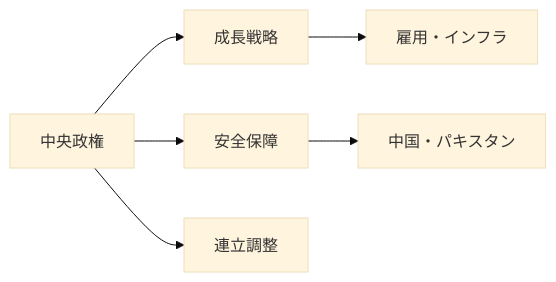
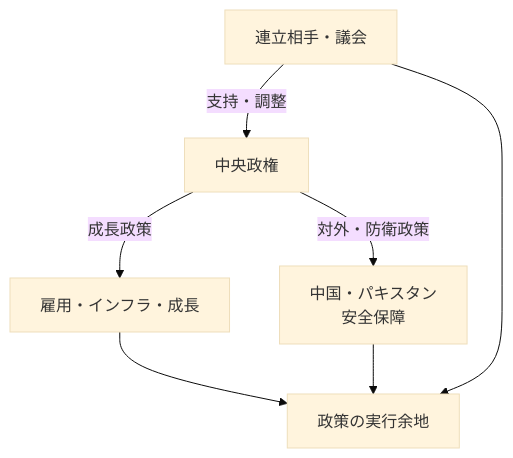
Before and after one commit to daylight55/research: the first of 2 diagrams in articles/report/india-geopolitical-profile/ja/index.mdx, drawn with Mermaid (base theme). The commit also changed other lines of this file and 181 other files, not shown here.

First line of the commit message:
全記事の図解368点を再生成し、共通注意書きを削除 (#402)

````diff
--- a/articles/report/india-geopolitical-profile/ja/index.mdx
+++ b/articles/report/india-geopolitical-profile/ja/index.mdx
@@ -28,8 +28,16 @@
 ```mermaid
-flowchart LR
-  A["中央政権"] --> B["成長戦略"]
-  A --> C["安全保障"]
-  C --> D["中国・パキスタン"]
-  B --> E["雇用・インフラ"]
-  A --> F["連立調整"]
+flowchart TD
+  accTitle: インドの成長・安全保障・連立政治
+  accDescr: 雇用とインフラの成長課題、中国・パキスタンへの安全保障、連立調整が中央政権の政策を形作る。
+  N0["中央政権"]
+  N1["雇用・インフラ・成長"]
+  N2["中国・パキスタン<br/>安全保障"]
+  N3["連立相手・議会"]
+  N4["政策の実行余地"]
+  N0 -->|成長政策| N1
+  N0 -->|対外・防衛政策| N2
+  N3 -->|支持・調整| N0
+  N1 --> N4
+  N2 --> N4
+  N3 --> N4
 ```
````
